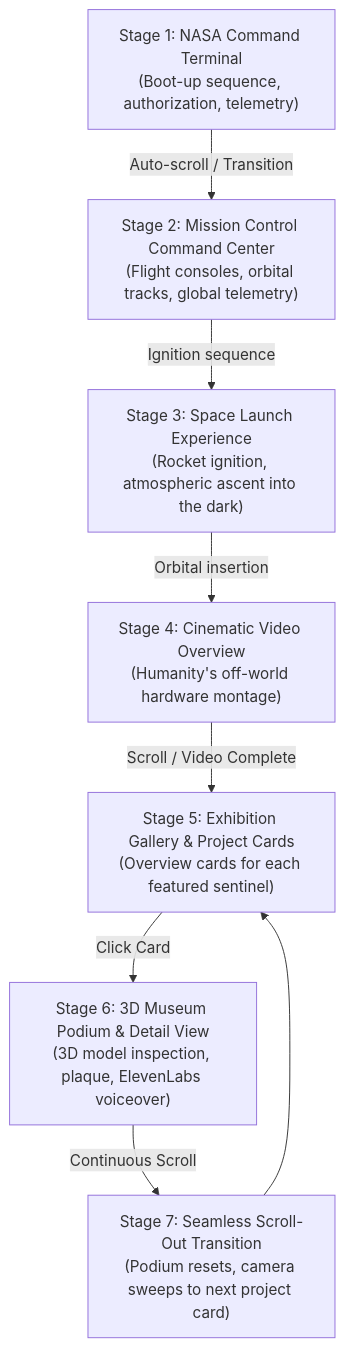
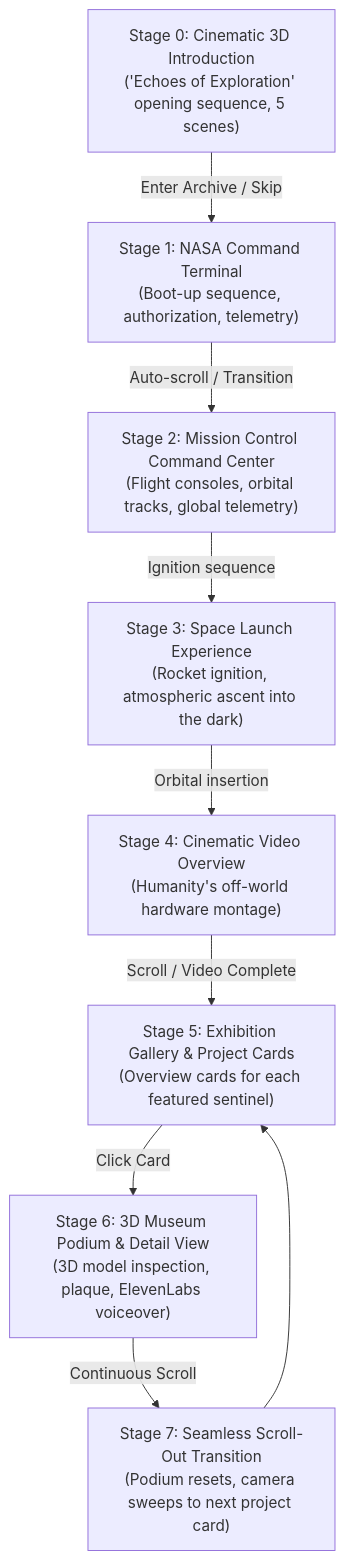
One commit to LordScientist/Novochronos changed the diagram in OVERVIEW.md. Above: the diagram before and after it, drawn with Mermaid. The commit also changed other lines of this file and 30 other files, not shown here.

Commit message:
feat(intro): build cinematic 3D introduction (Stage 0) and complete 8-stage journey

````diff
--- a/OVERVIEW.md
+++ b/OVERVIEW.md
@@ -18,10 +18,11 @@
 ```mermaid
 flowchart TD
-    A["Stage 1: NASA Command Terminal<br/>(Boot-up sequence, authorization, telemetry)"] -->|Auto-scroll / Transition| B["Stage 2: Mission Control Command Center<br/>(Flight consoles, orbital tracks, global telemetry)"]
+    Z["Stage 0: Cinematic 3D Introduction<br/>('Echoes of Exploration' opening sequence, 5 scenes)"] -->|Enter Archive / Skip| A["Stage 1: NASA Command Terminal<br/>(Boot-up sequence, authorization, telemetry)"]
+    A -->|Auto-scroll / Transition| B["Stage 2: Mission Control Command Center<br/>(Flight consoles, orbital tracks, global telemetry)"]
     B -->|Ignition sequence| C["Stage 3: Space Launch Experience<br/>(Rocket ignition, atmospheric ascent into the dark)"]
     C -->|Orbital insertion| D["Stage 4: Cinematic Video Overview<br/>(Humanity's off-world hardware montage)"]
     D -->|Scroll / Video Complete| E["Stage 5: Exhibition Gallery & Project Cards<br/>(Overview cards for each featured sentinel)"]
     E -->|Click Card| F["Stage 6: 3D Museum Podium & Detail View<br/>(3D model inspection, plaque, ElevenLabs voiceover)"]
     F -->|Continuous Scroll| G["Stage 7: Seamless Scroll-Out Transition<br/>(Podium resets, camera sweeps to next project card)"]
     G --> E
 ```
````
